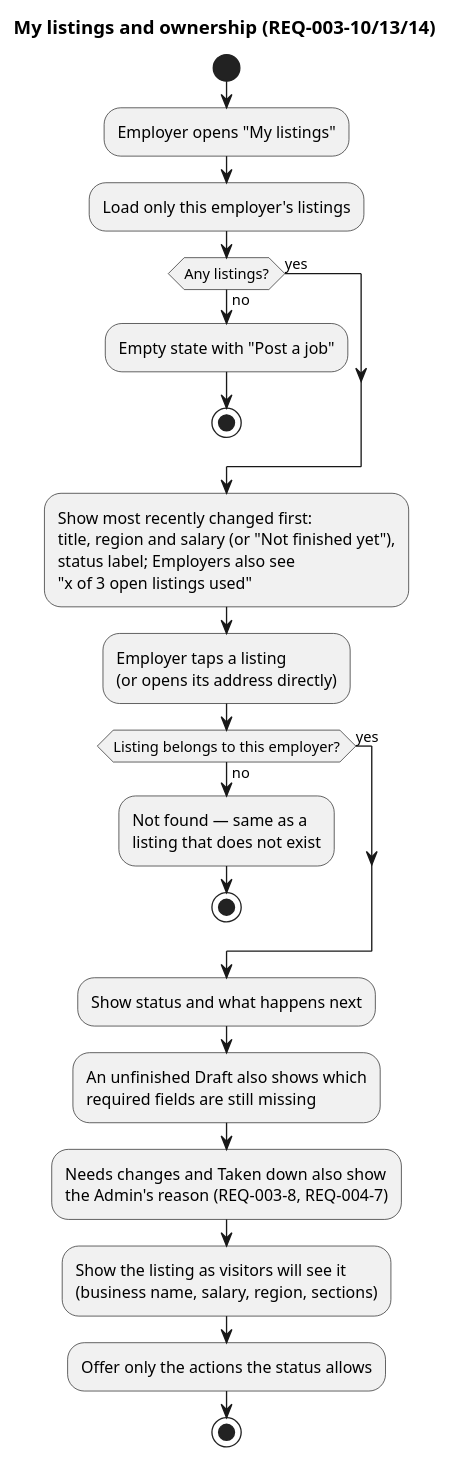
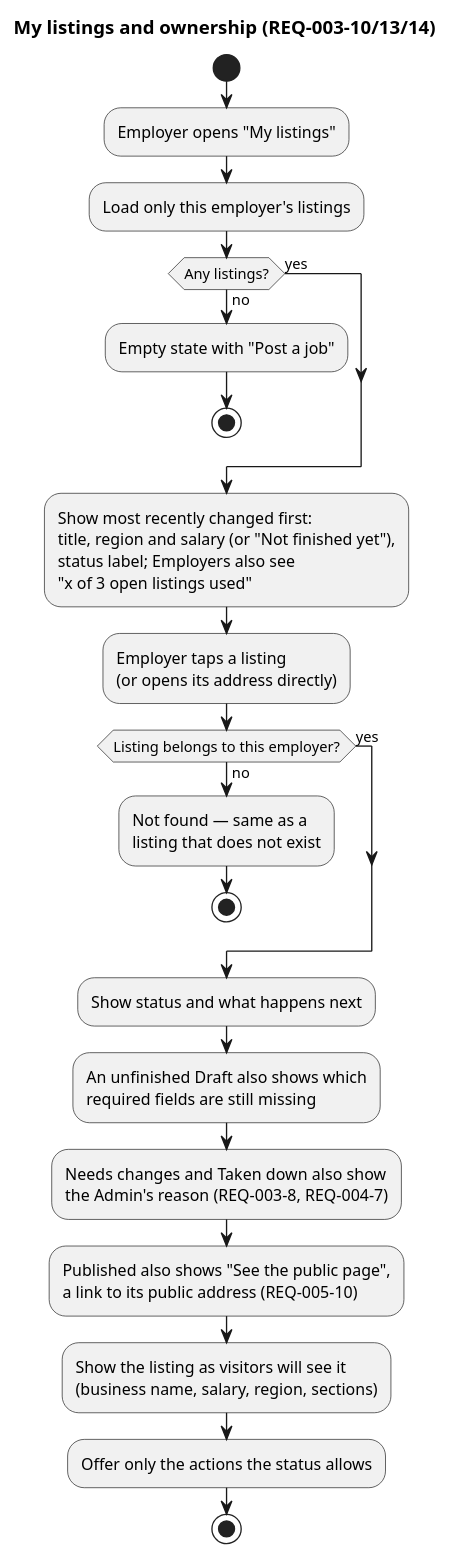
The diagram in docs/specs/003-listings-employer-posting/diagrams/activity-my-listings.puml (raseniero/jairojobs-elixir), drawn with PlantUML before and after one commit. The commit also changed 21 other files, not shown here.

Commit message:
feat(browse): links between a listing's public page and its owner and Admin views (REQ-005-10)

```diff
--- a/docs/specs/003-listings-employer-posting/diagrams/activity-my-listings.puml
+++ b/docs/specs/003-listings-employer-posting/diagrams/activity-my-listings.puml
@@ -1,34 +1,36 @@
 @startuml activity-my-listings
 ' Spec 003 — the employer's own list, the owner view, and ownership (REQ-003-10, -13, -14)
 title My listings and ownership (REQ-003-10/13/14)
 
 start
 :Employer opens "My listings";
 :Load only this employer's listings;
 if (Any listings?) then (no)
   :Empty state with "Post a job";
   stop
 else (yes)
 endif
 :Show most recently changed first:
 title, region and salary (or "Not finished yet"),
 status label; Employers also see
 "x of 3 open listings used";
 :Employer taps a listing
 (or opens its address directly);
 if (Listing belongs to this employer?) then (no)
   :Not found — same as a
   listing that does not exist;
   stop
 else (yes)
 endif
 :Show status and what happens next;
 :An unfinished Draft also shows which
 required fields are still missing;
 :Needs changes and Taken down also show
 the Admin's reason (REQ-003-8, REQ-004-7);
+:Published also shows "See the public page",
+a link to its public address (REQ-005-10);
 :Show the listing as visitors will see it
 (business name, salary, region, sections);
 :Offer only the actions the status allows;
 stop
 @enduml
```
